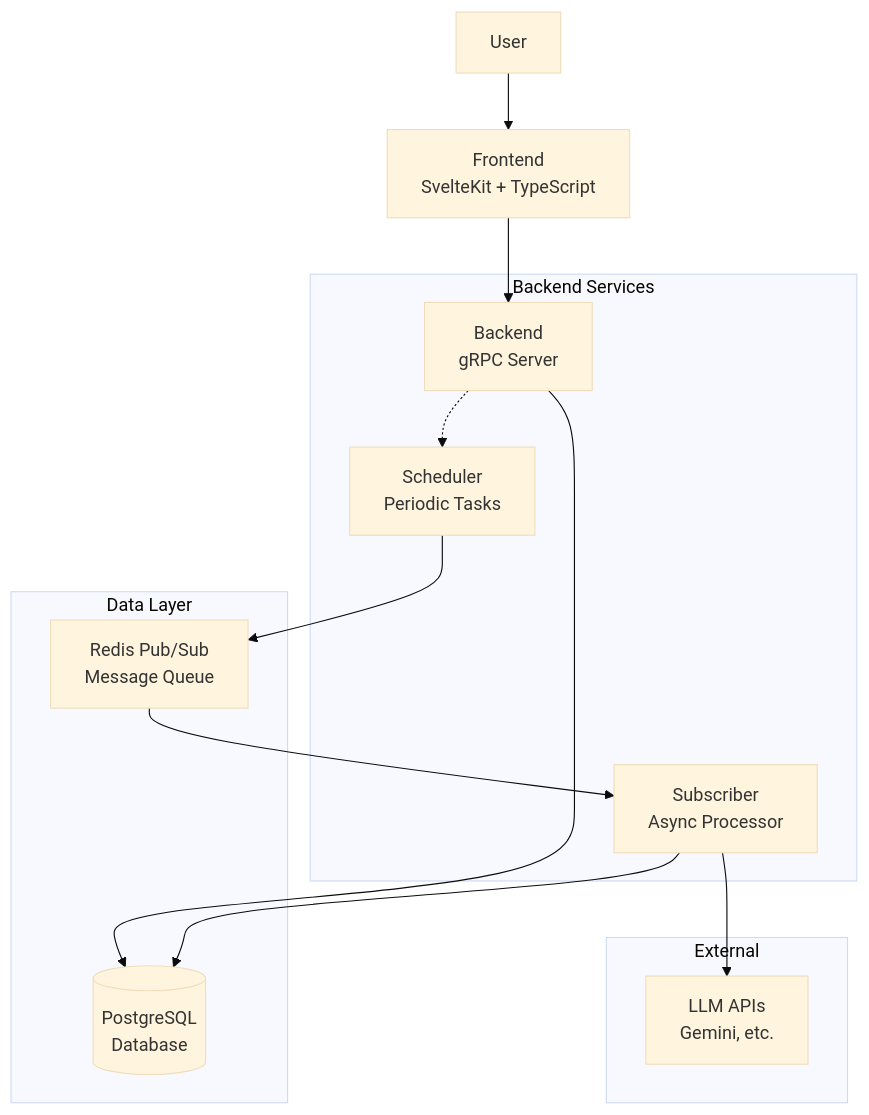
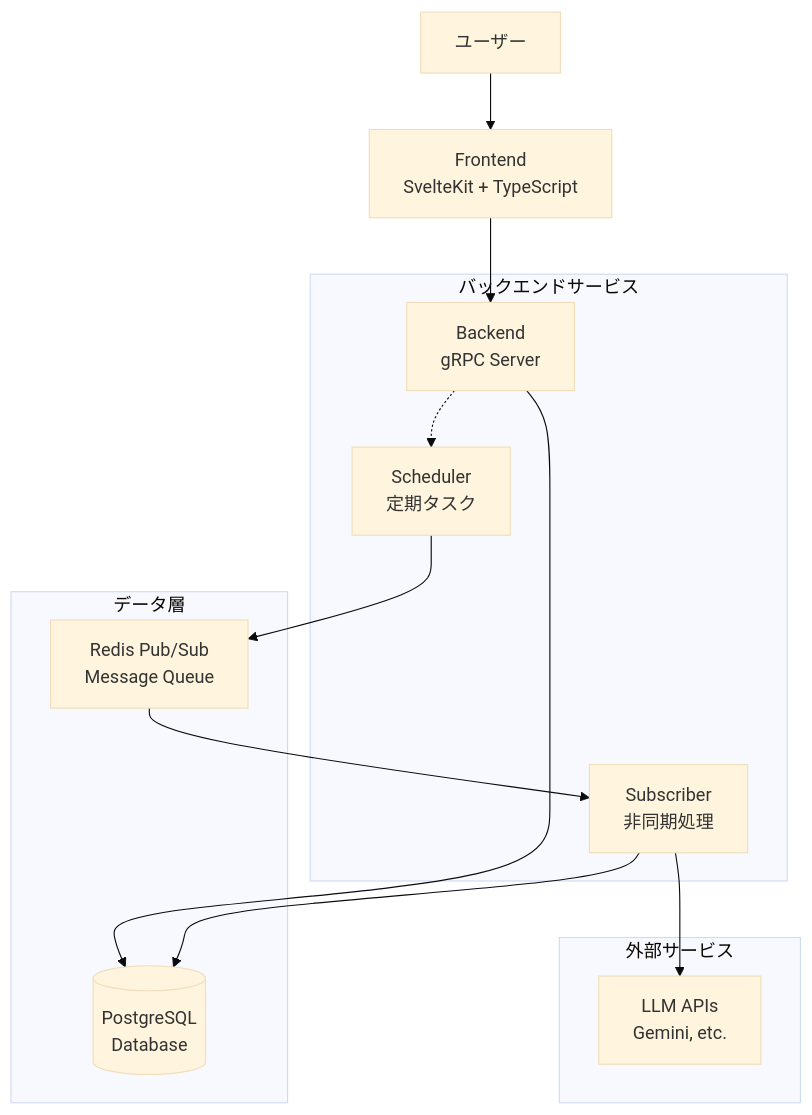
One commit to project-mikan/umi.mikan changed the diagram in README.md. Above: the diagram before and after it, drawn with Mermaid (base theme). The commit also changed other lines of this file and 1 other file, not shown here.

````diff
--- a/README.md
+++ b/README.md
@@ -7,28 +12,28 @@
 ```mermaid
 graph TB
-    User[User] --> Frontend[Frontend<br/>SvelteKit + TypeScript]
+    User[ユーザー] --> Frontend[Frontend<br/>SvelteKit + TypeScript]
     Frontend --> Backend[Backend<br/>gRPC Server]
     Backend --> DB[(PostgreSQL<br/>Database)]
 
-    Scheduler[Scheduler<br/>Periodic Tasks] --> Redis[Redis Pub/Sub<br/>Message Queue]
-    Redis --> Subscriber[Subscriber<br/>Async Processor]
+    Scheduler[Scheduler<br/>定期タスク] --> Redis[Redis Pub/Sub<br/>Message Queue]
+    Redis --> Subscriber[Subscriber<br/>非同期処理]
     Subscriber --> LLM[LLM APIs<br/>Gemini, etc.]
 
     Backend -.-> Scheduler
     Subscriber --> DB
 
-    subgraph "Backend Services"
+    subgraph "バックエンドサービス"
         Backend
         Scheduler
         Subscriber
     end
 
-    subgraph "Data Layer"
+    subgraph "データ層"
         DB
         Redis
     end
 
-    subgraph "External"
+    subgraph "外部サービス"
         LLM
     end
 ```
````
